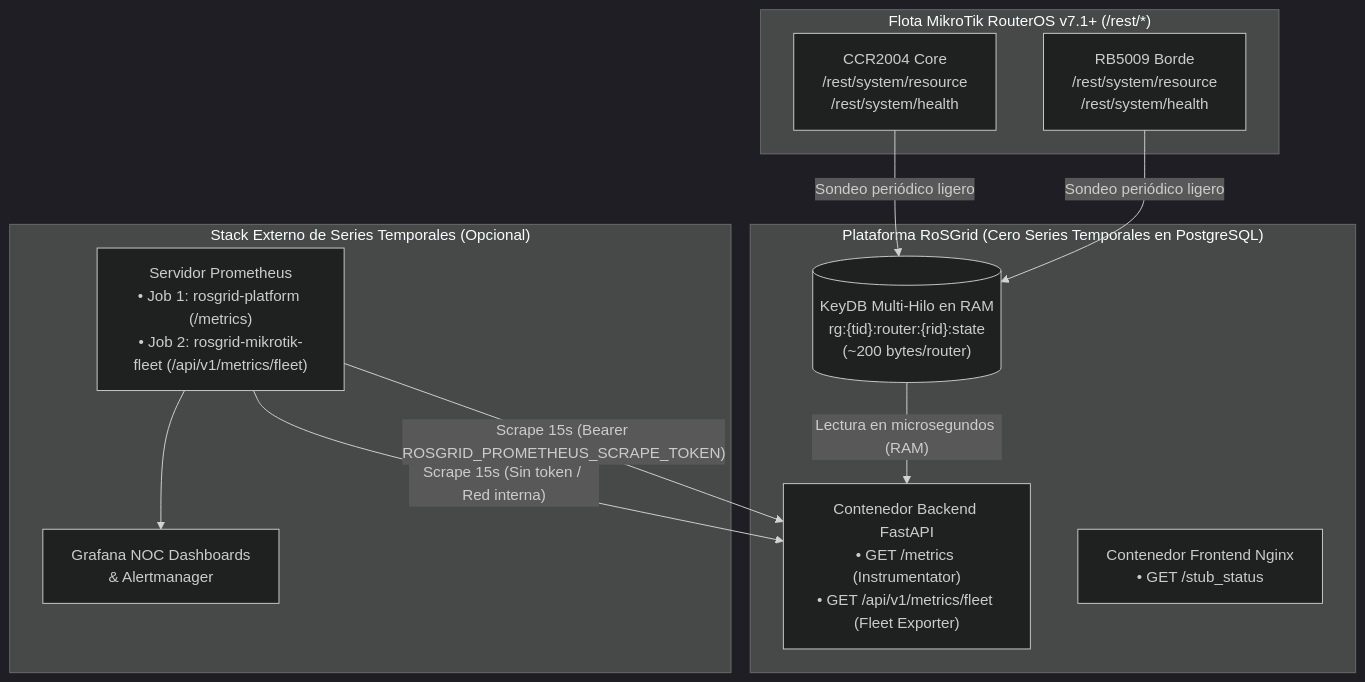
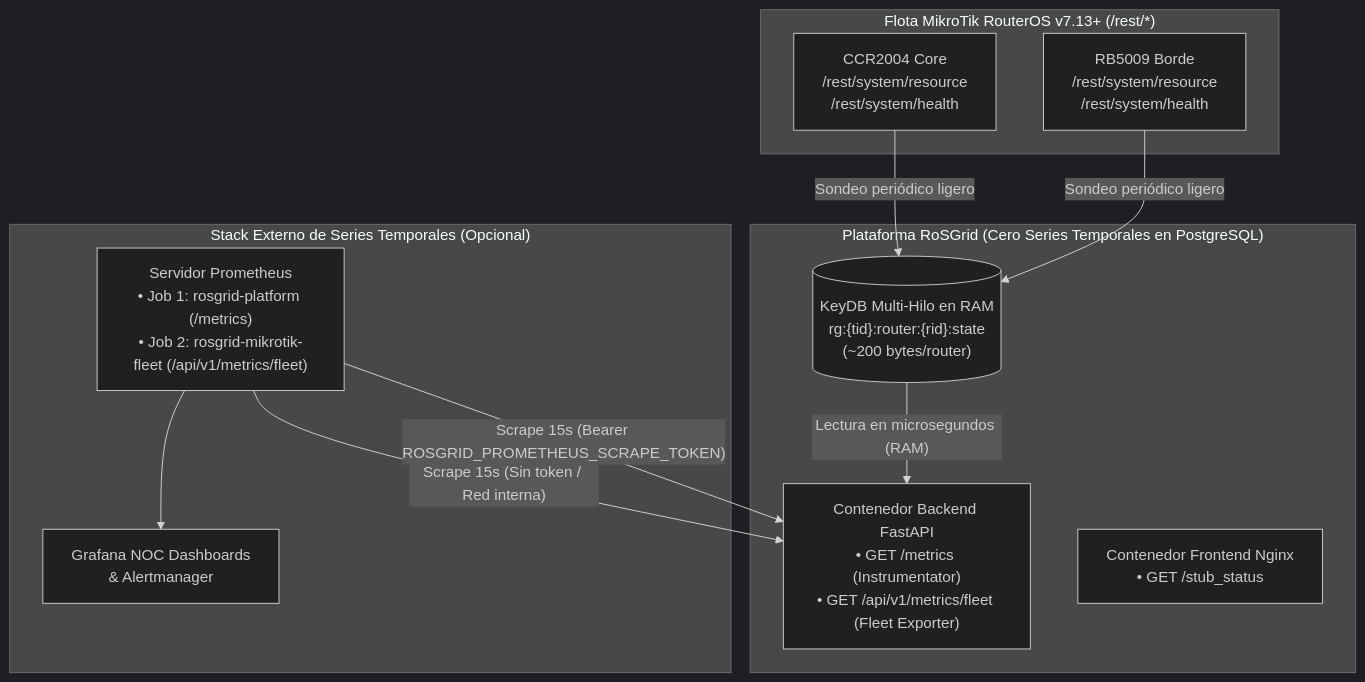
One commit to tecno-consultores/RoSGrid changed the third of 3 diagrams in docs/specs/55_GRANULAR_USER_PROFILE_FLAGS_TELEMETRY_BEACON_AND_PROMETHEUS_GRAFANA_OBSERVABILITY.md. Above: the diagram before and after it, drawn with Mermaid (dark theme). The commit also changed 16 other files, not shown here.

````diff
--- a/docs/specs/55_GRANULAR_USER_PROFILE_FLAGS_TELEMETRY_BEACON_AND_PROMETHEUS_GRAFANA_OBSERVABILITY.md
+++ b/docs/specs/55_GRANULAR_USER_PROFILE_FLAGS_TELEMETRY_BEACON_AND_PROMETHEUS_GRAFANA_OBSERVABILITY.md
@@ -205,24 +205,24 @@
 ```mermaid
 flowchart TB
     subgraph RoSGridStack["Plataforma RoSGrid (Cero Series Temporales en PostgreSQL)"]
         FastAPI["Contenedor Backend FastAPI\n• GET /metrics (Instrumentator)\n• GET /api/v1/metrics/fleet (Fleet Exporter)"]
         KeyDB[("KeyDB Multi-Hilo en RAM\nrg:{tid}:router:{rid}:state\n(~200 bytes/router)")]
         Nginx["Contenedor Frontend Nginx\n• GET /stub_status"]
     end
 
-    subgraph MikroTikFleet["Flota MikroTik RouterOS v7.1+ (/rest/*)"]
+    subgraph MikroTikFleet["Flota MikroTik RouterOS v7.13+ (/rest/*)"]
         R1["CCR2004 Core\n/rest/system/resource\n/rest/system/health"]
         R2["RB5009 Borde\n/rest/system/resource\n/rest/system/health"]
     end
 
     subgraph Observability["Stack Externo de Series Temporales (Opcional)"]
         Prom["Servidor Prometheus\n• Job 1: rosgrid-platform (/metrics)\n• Job 2: rosgrid-mikrotik-fleet (/api/v1/metrics/fleet)"]
         Grafana["Grafana NOC Dashboards\n& Alertmanager"]
     end
 
     R1 & R2 -->|"Sondeo periódico ligero"| KeyDB
     KeyDB -->|"Lectura en microsegundos (RAM)"| FastAPI
     Prom -->|"Scrape 15s (Sin token / Red interna)"| FastAPI
     Prom -->|"Scrape 15s (Bearer ROSGRID_PROMETHEUS_SCRAPE_TOKEN)"| FastAPI
     Prom --> Grafana
 ```
````
